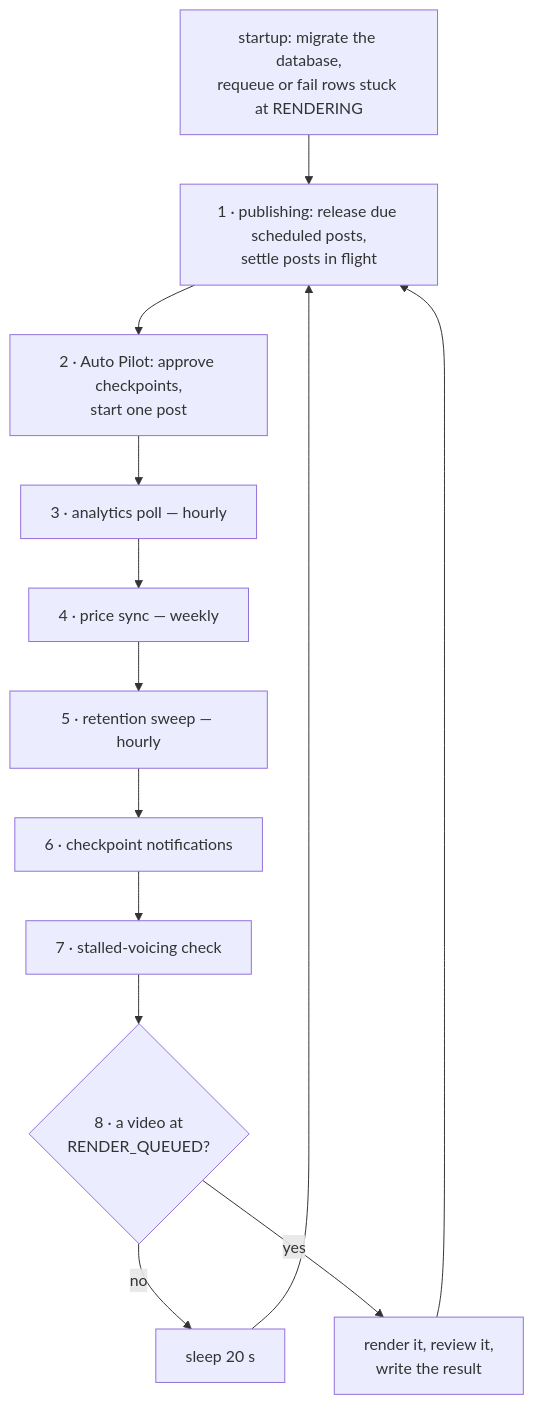
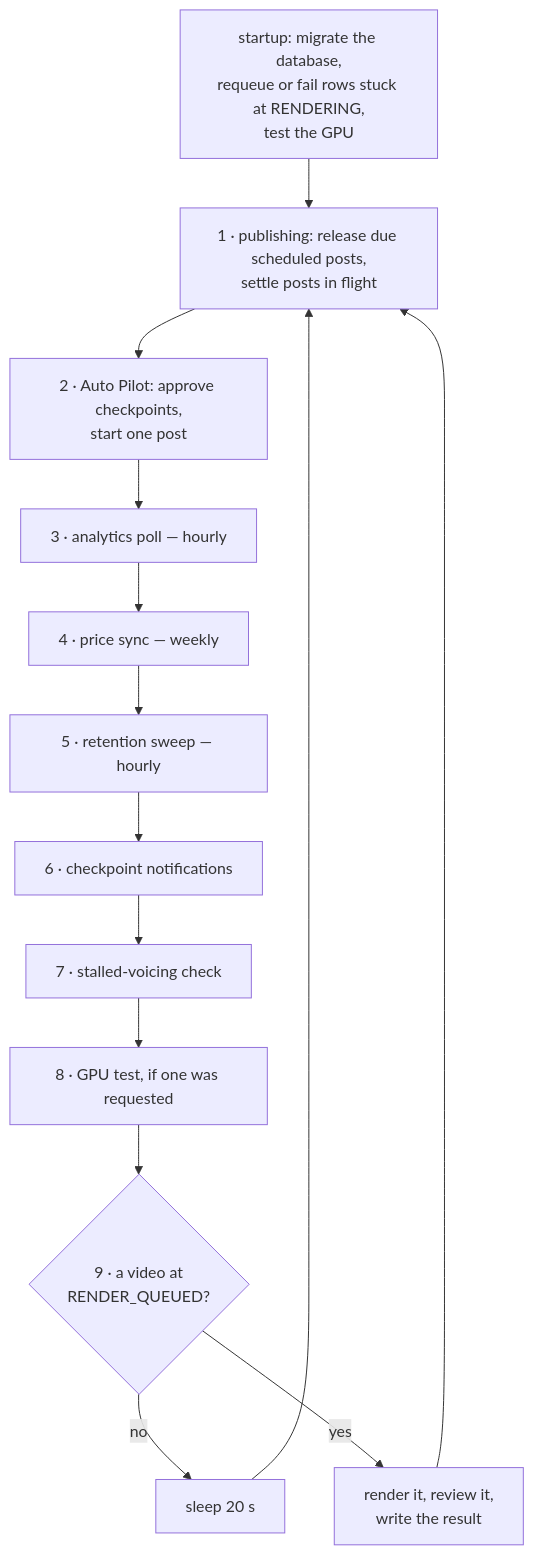
Before and after one commit to teja156/tubematic: the diagram in docs/developer/12-the-worker.md, drawn with Mermaid. The commit also changed other lines of this file and 13 other files, not shown here.

Commit message:
Docs: GPU rendering guide, the GL renderer, the GPU override, eleven onboarding steps (TMDEV-178)

````diff
--- a/docs/developer/12-the-worker.md
+++ b/docs/developer/12-the-worker.md
@@ -20,13 +20,14 @@
 ```mermaid
 flowchart TD
-    S[startup: migrate the database,<br/>requeue or fail rows stuck at RENDERING] --> P
+    S[startup: migrate the database,<br/>requeue or fail rows stuck at RENDERING,<br/>test the GPU] --> P
     P[1 · publishing: release due scheduled posts,<br/>settle posts in flight] --> A
     A[2 · Auto Pilot: approve checkpoints,<br/>start one post] --> M
     M[3 · analytics poll — hourly] --> PR
     PR[4 · price sync — weekly] --> R
     R[5 · retention sweep — hourly] --> N
     N[6 · checkpoint notifications] --> V
-    V[7 · stalled-voicing check] --> C{8 · a video at<br/>RENDER_QUEUED?}
+    V[7 · stalled-voicing check] --> G
+    G[8 · GPU test, if one was requested] --> C{9 · a video at<br/>RENDER_QUEUED?}
     C -->|no| SL[sleep 20 s] --> P
     C -->|yes| RN[render it, review it,<br/>write the result] --> P
 ```
````
